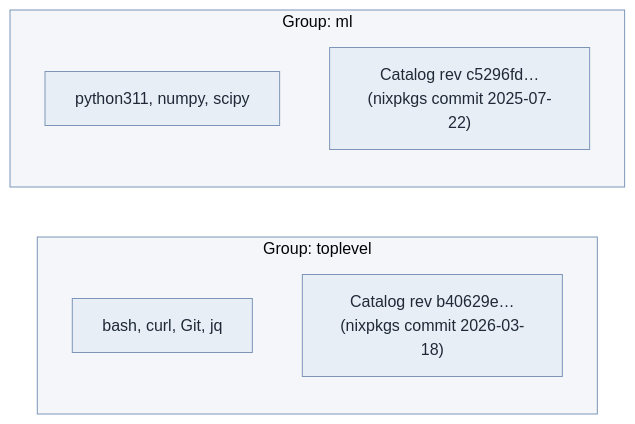
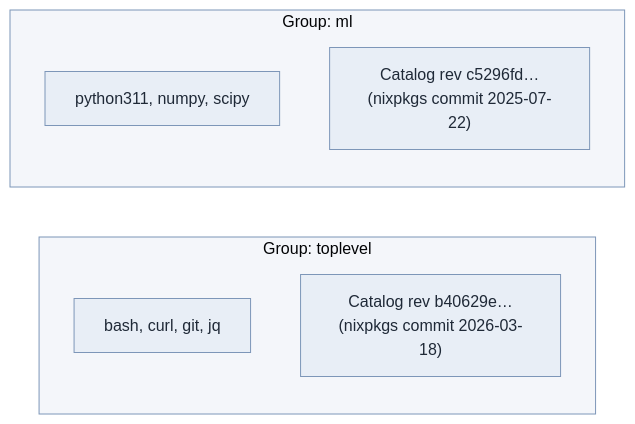
The diagram in concepts/package-groups.mdx (flox/docs), drawn with Mermaid before and after one commit. The commit also changed other lines of this file and 10 other files, not shown here.

````diff
--- a/concepts/package-groups.mdx
+++ b/concepts/package-groups.mdx
@@ -66,14 +66,14 @@
 ```mermaid
 %%{init: {'theme':'base','themeVariables':{'primaryColor':'#e8eef6','primaryBorderColor':'#7d96b8','primaryTextColor':'#1f2937','lineColor':'#7d96b8','clusterBkg':'#f4f6fa','clusterBorder':'#7d96b8','edgeLabelBackground':'#ffffff'}}}%%
 flowchart LR
   subgraph toplevel ["Group: toplevel"]
     direction TB
-    tp["bash, curl, Git, jq"]
+    tp["bash, curl, git, jq"]
     tr["Catalog rev b40629e…<br/>(nixpkgs commit 2026-03-18)"]
   end
   subgraph ml ["Group: ml"]
     direction TB
     mp["python311, numpy, scipy"]
     mr["Catalog rev c5296fd…<br/>(nixpkgs commit 2025-07-22)"]
   end
 ```
````
